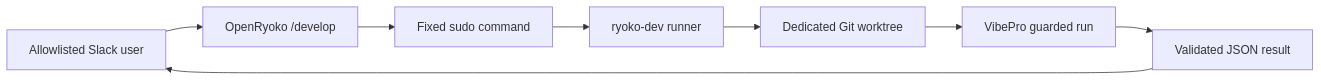
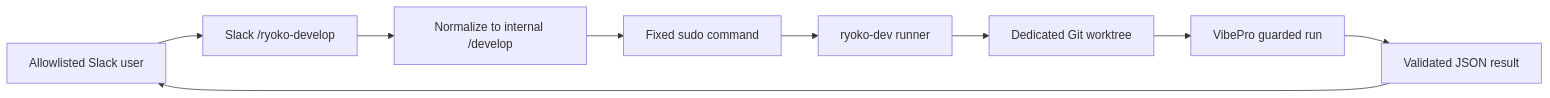
One commit to Unson-LLC/mana-runtime changed the first of 2 diagrams in docs/specs/slack-self-development-runner.md. Above: the diagram before and after it, drawn with Mermaid. The commit also changed other lines of this file and 13 other files, not shown here.

````diff
--- a/docs/specs/slack-self-development-runner.md
+++ b/docs/specs/slack-self-development-runner.md
@@ -32,10 +34,11 @@
 ```mermaid
 flowchart LR
-  A[Allowlisted Slack user] --> B[OpenRyoko /develop]
-  B --> C[Fixed sudo command]
-  C --> D[ryoko-dev runner]
-  D --> E[Dedicated Git worktree]
-  E --> F[VibePro guarded run]
-  F --> G[Validated JSON result]
-  G --> A
+  A[Allowlisted Slack user] --> B[Slack /ryoko-develop]
+  B --> C[Normalize to internal /develop]
+  C --> D[Fixed sudo command]
+  D --> E[ryoko-dev runner]
+  E --> F[Dedicated Git worktree]
+  F --> G[VibePro guarded run]
+  G --> H[Validated JSON result]
+  H --> A
 ```
````
